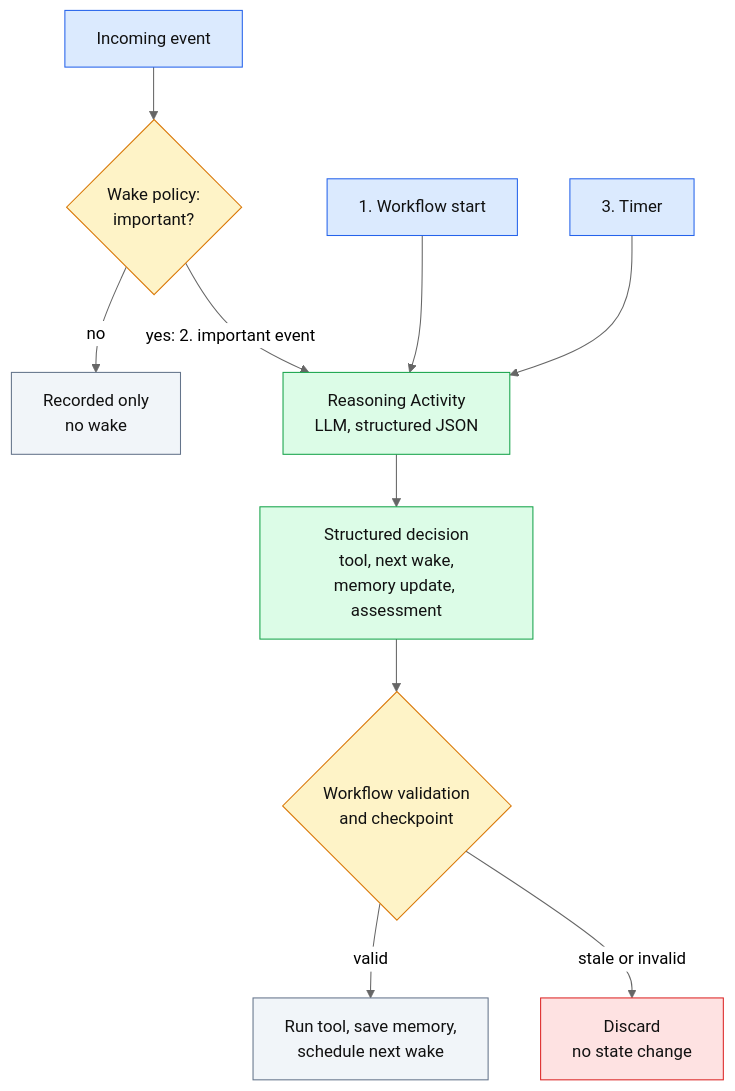
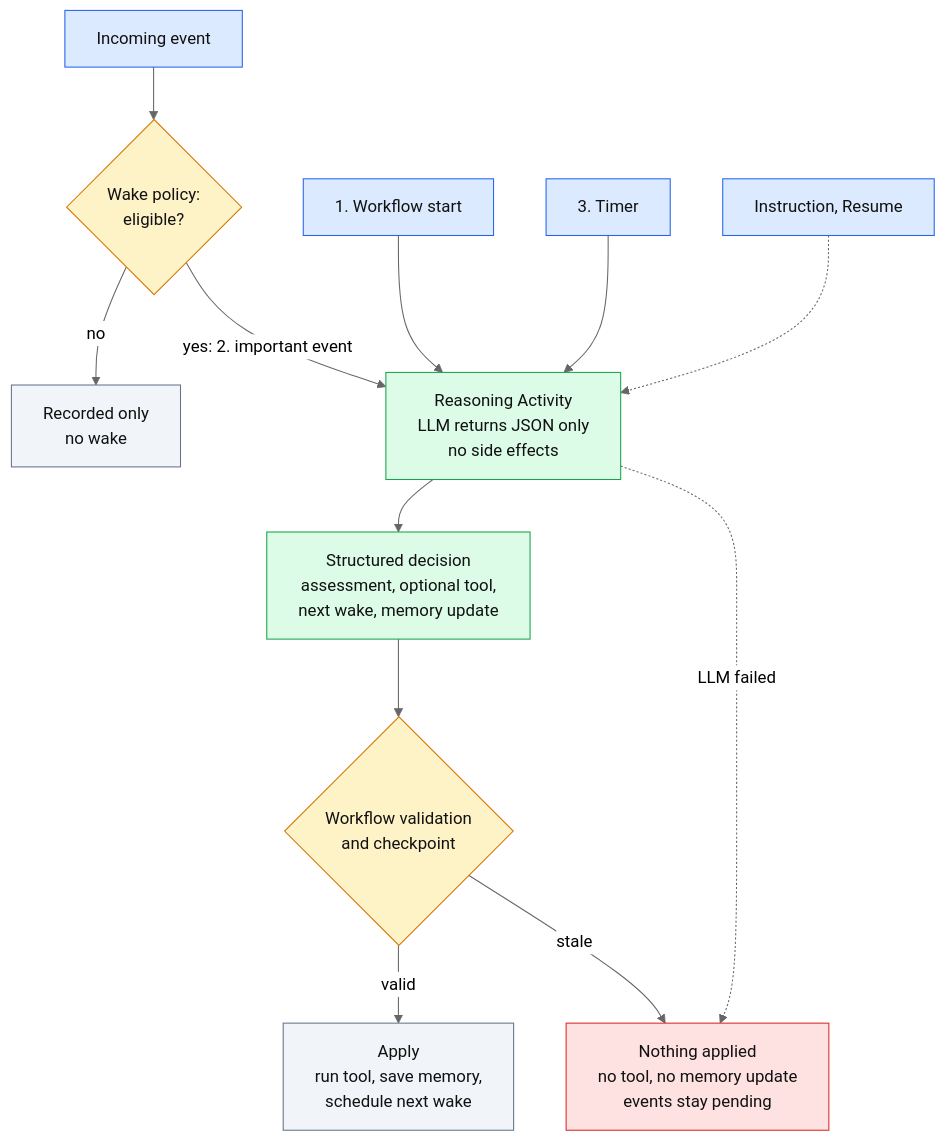
Before and after one commit to averagecoder4088/AI-supervisor: the third of 4 diagrams in README.md, drawn with Mermaid (neutral theme). The commit also changed other lines of this file, not shown here.

Commit message:
Finalize Mermaid architecture diagrams

````diff
--- a/README.md
+++ b/README.md
@@ -132,23 +144,25 @@
 ```mermaid
 flowchart TB
-    event["Incoming event"] --> policy{"Wake policy:<br/>important?"}
+    event["Incoming event"] --> policy{"Wake policy:<br/>eligible?"}
     policy -->|"no"| record["Recorded only<br/>no wake"]
     policy -->|"yes: 2. important event"| reason
     start["1. Workflow start"] --> reason
     timer["3. Timer"] --> reason
-    reason["Reasoning Activity<br/>LLM, structured JSON"] --> decision["Structured decision<br/>tool, next wake,<br/>memory update, assessment"]
+    other["Instruction, Resume"] -.-> reason
+    reason["Reasoning Activity<br/>LLM returns JSON only<br/>no side effects"] --> decision["Structured decision<br/>assessment, optional tool,<br/>next wake, memory update"]
     decision --> validate{"Workflow validation<br/>and checkpoint"}
-    validate -->|"valid"| apply["Run tool, save memory,<br/>schedule next wake"]
-    validate -->|"stale or invalid"| discard["Discard<br/>no state change"]
+    validate -->|"valid"| apply["Apply<br/>run tool, save memory,<br/>schedule next wake"]
+    validate -->|"stale"| discard["Nothing applied<br/>no tool, no memory update<br/>events stay pending"]
+    reason -.->|"LLM failed"| discard
 
     classDef trig fill:#dbeafe,stroke:#2563eb,color:#111
     classDef llmc fill:#dcfce7,stroke:#16a34a,color:#111
     classDef okc fill:#f1f5f9,stroke:#64748b,color:#111
     classDef bad fill:#fee2e2,stroke:#dc2626,color:#111
-    class event,start,timer trig
+    classDef decide fill:#fef3c7,stroke:#d97706,color:#111
+    class event,start,timer,other trig
     class reason,decision llmc
     class record,apply okc
     class discard bad
-    classDef decide fill:#fef3c7,stroke:#d97706,color:#111
     class policy,validate decide
 ```
````
